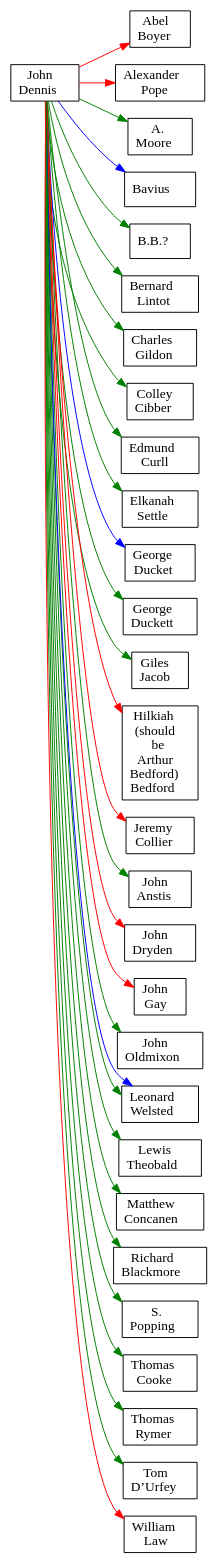
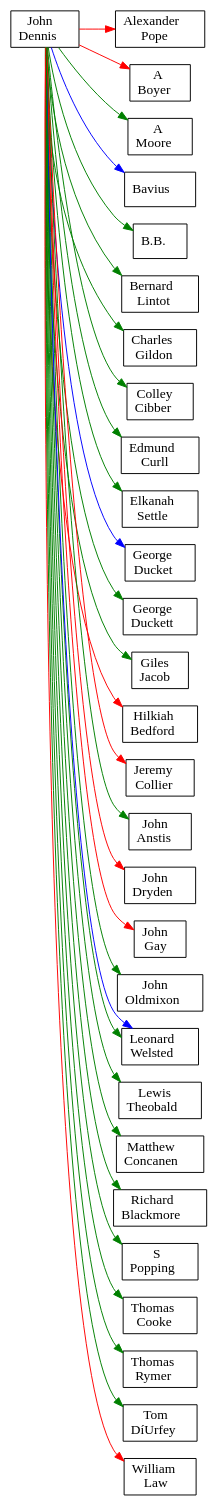
The diagram in images/JOHN_DENNIS.dot (ontoligent/dunciad), drawn with Graphviz before and after one commit. The commit also changed 79 other files, not shown here.

```diff
--- a/images/JOHN_DENNIS.dot
+++ b/images/JOHN_DENNIS.dot
@@ -1,62 +1,62 @@
 digraph G {
 rankdir=LR
-node [shape=rect]
-ABEL_BOYER [label=< Abel<br/>Boyer >]
+node [shape=rect overlap=false]
 ALEXANDER_POPE [label=< Alexander<br/>Pope >]
-A_MOORE [label=< A.<br/>Moore >]
+A_BOYER [label=< A<br/>Boyer >]
+A_MOORE [label=< A<br/>Moore >]
 BAVIUS [label=< Bavius >]
-BB [label=< B.B.? >]
+BB [label=< B.B. >]
 BERNARD_LINTOT [label=< Bernard<br/>Lintot >]
 CHARLES_GILDON [label=< Charles<br/>Gildon >]
 COLLEY_CIBBER [label=< Colley<br/>Cibber >]
 EDMUND_CURLL [label=< Edmund<br/>Curll >]
 ELKANAH_SETTLE [label=< Elkanah<br/>Settle >]
 GEORGE_DUCKET [label=< George<br/>Ducket >]
 GEORGE_DUCKETT [label=< George<br/>Duckett >]
 GILES_JACOB [label=< Giles<br/>Jacob >]
-HILKIAH_SHOULD_BE_ARTHUR_BEDFORD_BEDFORD [label=< Hilkiah<br/>(should<br/>be<br/>Arthur<br/>Bedford)<br/>Bedford >]
+HILKIAH_BEDFORD [label=< Hilkiah<br/>Bedford >]
 JEREMY_COLLIER [label=< Jeremy<br/>Collier >]
 JOHN_ANSTIS [label=< John<br/>Anstis >]
 JOHN_DENNIS [label=< John<br/>Dennis >]
 JOHN_DRYDEN [label=< John<br/>Dryden >]
 JOHN_GAY [label=< John<br/>Gay >]
 JOHN_OLDMIXON [label=< John<br/>Oldmixon >]
 LEONARD_WELSTED [label=< Leonard<br/>Welsted >]
 LEWIS_THEOBALD [label=< Lewis<br/>Theobald >]
 MATTHEW_CONCANEN [label=< Matthew<br/>Concanen >]
 RICHARD_BLACKMORE [label=< Richard<br/>Blackmore >]
-S_POPPING [label=< S.<br/>Popping >]
+S_POPPING [label=< S<br/>Popping >]
 THOMAS_COOKE [label=< Thomas<br/>Cooke >]
 THOMAS_RYMER [label=< Thomas<br/>Rymer >]
-TOM_DURFEY [label=< Tom<br/>D’Urfey >]
+TOM_DÍURFEY [label=< Tom<br/>DíUrfey >]
 WILLIAM_LAW [label=< William<br/>Law >]
-JOHN_DENNIS -> ABEL_BOYER [color=red weight=1]
-JOHN_DENNIS -> ALEXANDER_POPE [color=red weight=3364]
+JOHN_DENNIS -> ALEXANDER_POPE [color=red weight=3136]
+JOHN_DENNIS -> A_BOYER [color=red weight=1]
 JOHN_DENNIS -> A_MOORE [color=green weight=1]
 JOHN_DENNIS -> BAVIUS [color=blue weight=1]
 JOHN_DENNIS -> BB [color=green weight=1]
 JOHN_DENNIS -> BERNARD_LINTOT [color=green weight=4]
 JOHN_DENNIS -> CHARLES_GILDON [color=green weight=25]
 JOHN_DENNIS -> COLLEY_CIBBER [color=green weight=4]
 JOHN_DENNIS -> EDMUND_CURLL [color=green weight=9]
 JOHN_DENNIS -> ELKANAH_SETTLE [color=green weight=1]
 JOHN_DENNIS -> GEORGE_DUCKET [color=blue weight=1]
 JOHN_DENNIS -> GEORGE_DUCKETT [color=green weight=1]
 JOHN_DENNIS -> GILES_JACOB [color=green weight=9]
-JOHN_DENNIS -> HILKIAH_SHOULD_BE_ARTHUR_BEDFORD_BEDFORD [color=red weight=1]
+JOHN_DENNIS -> HILKIAH_BEDFORD [color=red weight=1]
 JOHN_DENNIS -> JEREMY_COLLIER [color=red weight=1]
 JOHN_DENNIS -> JOHN_ANSTIS [color=green weight=1]
 JOHN_DENNIS -> JOHN_DRYDEN [color=red weight=4]
 JOHN_DENNIS -> JOHN_GAY [color=red weight=1]
 JOHN_DENNIS -> JOHN_OLDMIXON [color=green weight=4]
 JOHN_DENNIS -> LEONARD_WELSTED [color=green weight=1]
 JOHN_DENNIS -> LEONARD_WELSTED [color=blue weight=1]
 JOHN_DENNIS -> LEWIS_THEOBALD [color=green weight=25]
 JOHN_DENNIS -> MATTHEW_CONCANEN [color=green weight=1]
 JOHN_DENNIS -> RICHARD_BLACKMORE [color=green weight=16]
 JOHN_DENNIS -> S_POPPING [color=green weight=1]
 JOHN_DENNIS -> THOMAS_COOKE [color=green weight=1]
 JOHN_DENNIS -> THOMAS_RYMER [color=green weight=1]
-JOHN_DENNIS -> TOM_DURFEY [color=green weight=4]
+JOHN_DENNIS -> TOM_DÍURFEY [color=green weight=4]
 JOHN_DENNIS -> WILLIAM_LAW [color=red weight=16]
 }
```
